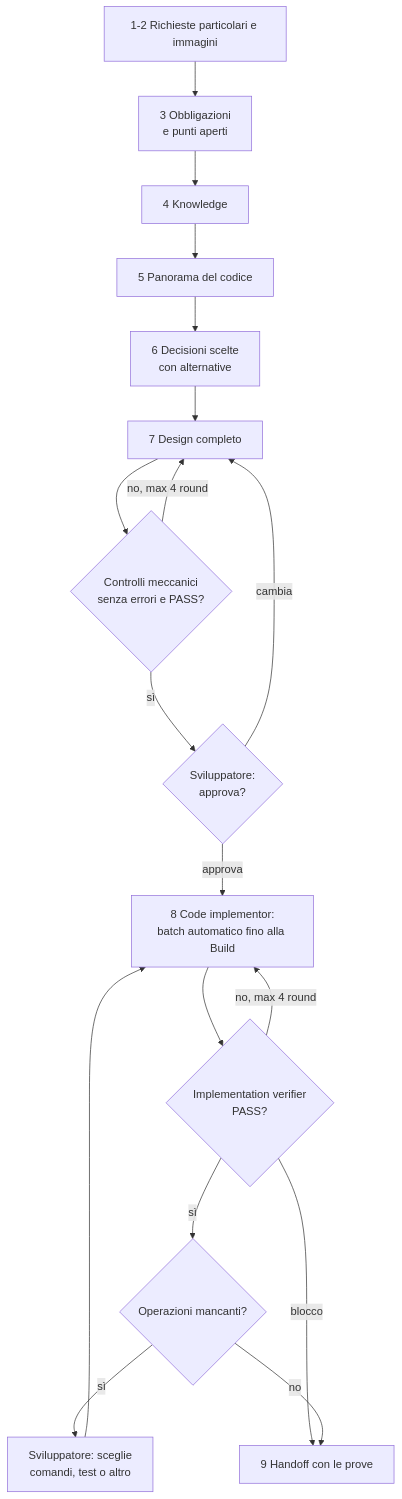
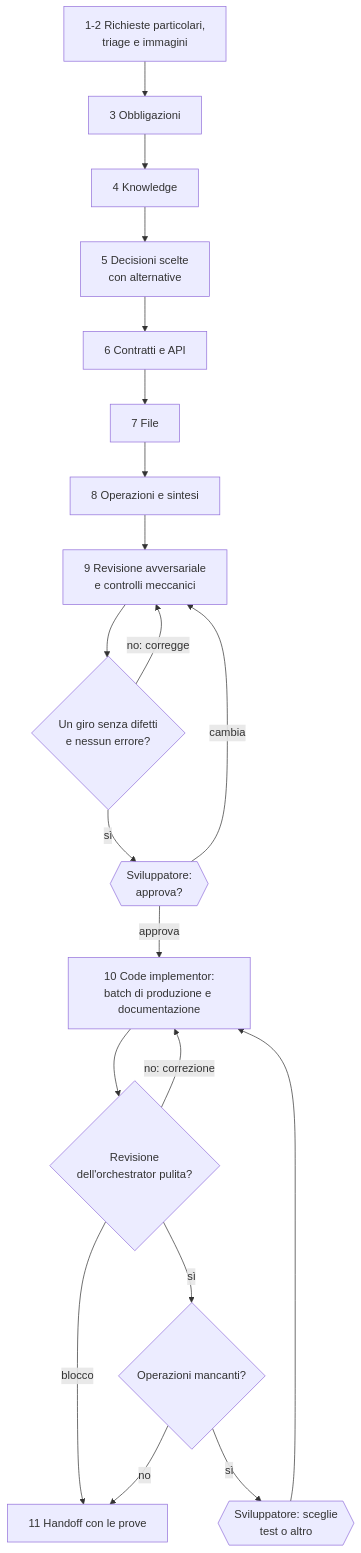
Before and after one commit to violabg/agentic-system-lessons: the second of 2 diagrams in orchestrator/slides/reference-flow.md, drawn with Mermaid. The commit also changed other lines of this file and 69 other files, not shown here.

````diff
--- a/orchestrator/slides/reference-flow.md
+++ b/orchestrator/slides/reference-flow.md
@@ -45,20 +47,22 @@
 ```mermaid
 flowchart TD
-    D1[1-2 Richieste particolari e immagini] --> D3[3 Obbligazioni<br/>e punti aperti]
+    D1[1-2 Richieste particolari,<br/>triage e immagini] --> D3[3 Obbligazioni]
     D3 --> D4[4 Knowledge]
-    D4 --> D5[5 Panorama del codice]
-    D5 --> D6[6 Decisioni scelte<br/>con alternative]
-    D6 --> D7[7 Design completo]
-    D7 --> Checks{Controlli meccanici<br/>senza errori e PASS?}
-    Checks -->|no, max 4 round| D7
-    Checks -->|sì| Review{Sviluppatore:<br/>approva?}
-    Review -->|cambia| D7
-    Review -->|approva| D8[8 Code implementor:<br/>batch automatico fino alla Build]
-    D8 --> Verify{Implementation verifier<br/>PASS?}
-    Verify -->|no, max 4 round| D8
-    Verify -->|sì| Consult{Operazioni mancanti?}
-    Verify -->|blocco| D9
-    Consult -->|sì| Select[Sviluppatore: sceglie<br/>comandi, test o altro]
-    Select --> D8
-    Consult -->|no| D9[9 Handoff con le prove]
+    D4 --> D5[5 Decisioni scelte<br/>con alternative]
+    D5 --> D6[6 Contratti e API]
+    D6 --> D7[7 File]
+    D7 --> D8[8 Operazioni e sintesi]
+    D8 --> D9[9 Revisione avversariale<br/>e controlli meccanici]
+    D9 --> Clean{Un giro senza difetti<br/>e nessun errore?}
+    Clean -->|no: corregge| D9
+    Clean -->|sì| Review{{Sviluppatore:<br/>approva?}}
+    Review -->|cambia| D9
+    Review -->|approva| D10[10 Code implementor:<br/>batch di produzione e documentazione]
+    D10 --> Check{Revisione<br/>dell'orchestrator pulita?}
+    Check -->|no: correzione| D10
+    Check -->|blocco| D11
+    Check -->|sì| Consult{Operazioni mancanti?}
+    Consult -->|sì| Select{{Sviluppatore: sceglie<br/>test o altro}}
+    Select --> D10
+    Consult -->|no| D11[11 Handoff con le prove]
 ```
````
